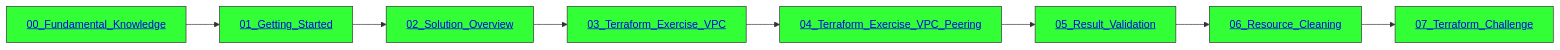
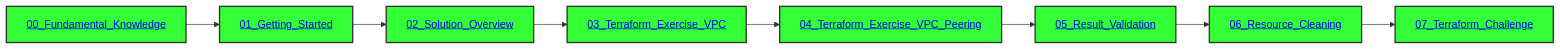
Before and after one commit to Huawei-APAC-Professional-Services/terraform-101-workshop: the diagram in README.md, drawn with Mermaid.

````diff
--- a/README.md
+++ b/README.md
@@ -46,19 +46,19 @@
 ```mermaid
 flowchart LR
     00_Fundamental_Knowledge[<a href='https://github.com/Huawei-APAC-Professional-Services/terraform-101-workshop/blob/master/workshop/00_Fundamental_Knowledge.md'>00_Fundamental_Knowledge</a>]
-    style 00_Fundamental_Knowledge fill:#33FF36,stroke:#333,stroke-width:1px
+    style 00_Fundamental_Knowledge fill:#33FF36,stroke:#333,stroke-width:2px
     00_Fundamental_Knowledge --> 01_Getting_Started[<a href='https://github.com/Huawei-APAC-Professional-Services/terraform-101-workshop/blob/master/workshop/01_Getting_Started.md'>01_Getting_Started</a>]
-    style 01_Getting_Started fill:#33FF36,stroke:#333,stroke-width:1px
+    style 01_Getting_Started fill:#33FF36,stroke:#333,stroke-width:2px
     01_Getting_Started --> 02_Solution_Overview[<a href='https://github.com/Huawei-APAC-Professional-Services/terraform-101-workshop/blob/master/workshop/02_Solution_Overview.md'>02_Solution_Overview</a>]
-    style 02_Solution_Overview fill:#33FF36,stroke:#333,stroke-width:1px
+    style 02_Solution_Overview fill:#33FF36,stroke:#333,stroke-width:2px
     02_Solution_Overview --> 03_Terraform_Exercise_VPC[<a href='https://github.com/Huawei-APAC-Professional-Services/terraform-101-workshop/blob/master/workshop/03_Terraform_Exercise_VPC.md'>03_Terraform_Exercise_VPC</a>]
-    style 03_Terraform_Exercise_VPC fill:#33FF36,stroke:#333,stroke-width:1px
+    style 03_Terraform_Exercise_VPC fill:#33FF36,stroke:#333,stroke-width:2px
     03_Terraform_Exercise_VPC --> 04_Terraform_Exercise_VPC_Peering[<a href='https://github.com/Huawei-APAC-Professional-Services/terraform-101-workshop/blob/master/workshop/04_Terraform_Exercise_VPC_Peering.md'>04_Terraform_Exercise_VPC_Peering</a>]
-    style 04_Terraform_Exercise_VPC_Peering fill:#33FF36,stroke:#333,stroke-width:1px
+    style 04_Terraform_Exercise_VPC_Peering fill:#33FF36,stroke:#333,stroke-width:2px
     04_Terraform_Exercise_VPC_Peering --> 05_Result_Validation[<a href='https://github.com/Huawei-APAC-Professional-Services/terraform-101-workshop/blob/master/workshop/05_Result_Validation.md'>05_Result_Validation</a>]
-    style 05_Result_Validation fill:#33FF36,stroke:#333,stroke-width:1px
+    style 05_Result_Validation fill:#33FF36,stroke:#333,stroke-width:2px
     05_Result_Validation --> 06_Resource_Cleaning[<a href='https://github.com/Huawei-APAC-Professional-Services/terraform-101-workshop/blob/master/workshop/06_Resource_Cleaning.md'>06_Resource_Cleaning</a>]
-    style 06_Resource_Cleaning fill:#33FF36,stroke:#333,stroke-width:1px
+    style 06_Resource_Cleaning fill:#33FF36,stroke:#333,stroke-width:2px
     06_Resource_Cleaning --> 07_Terraform_Challenge[<a href='https://github.com/Huawei-APAC-Professional-Services/terraform-101-workshop/blob/master/workshop/07_Terraform_Challenge.md'>07_Terraform_Challenge</a>]
-    style 07_Terraform_Challenge fill:#33FF36,stroke:#333,stroke-width:1px
+    style 07_Terraform_Challenge fill:#33FF36,stroke:#333,stroke-width:2px
 ```
````
